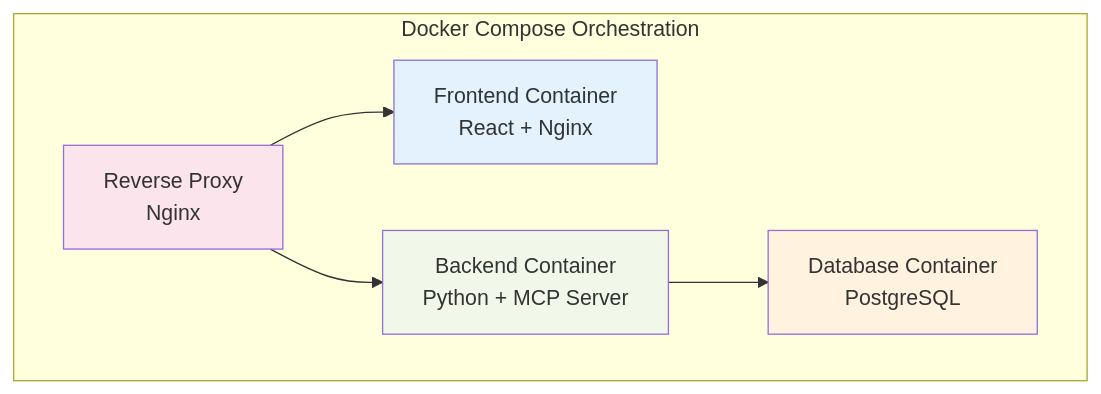
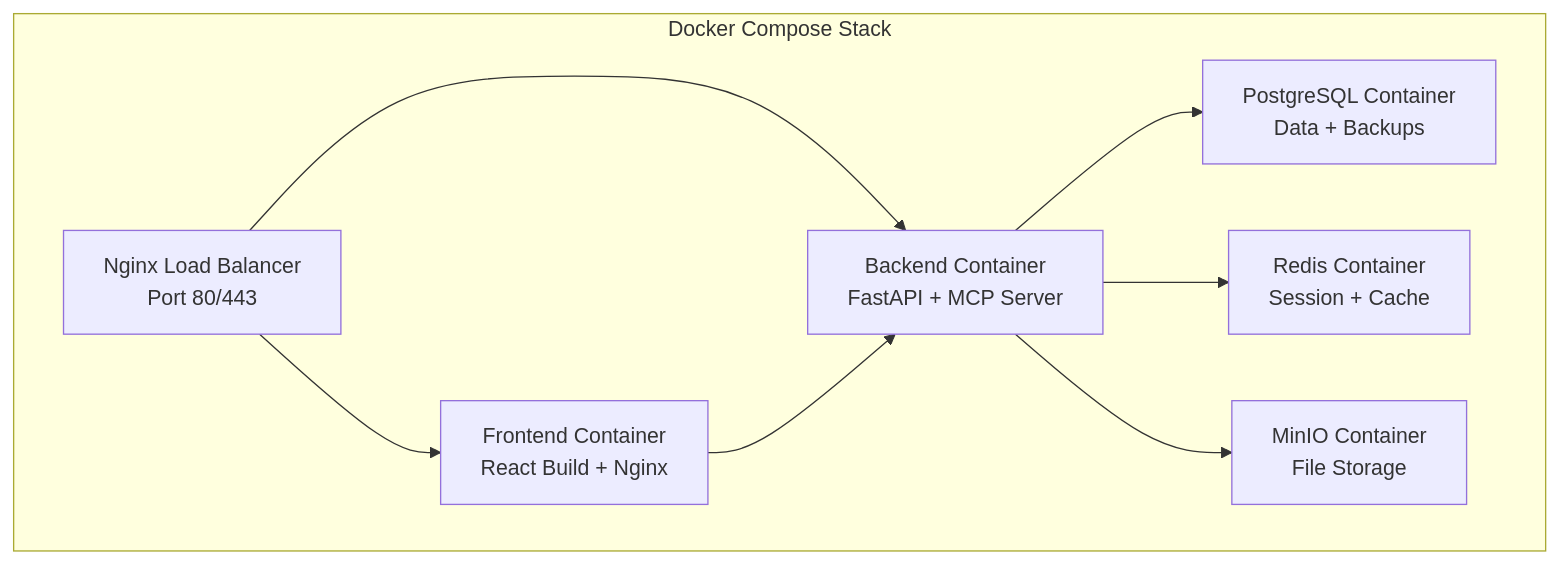
The second of 2 diagrams in 2-high_level_architecture.md (nlejeune/TreeTalk), drawn with Mermaid before and after one commit. The commit also changed other lines of this file and 16 other files, not shown here.

Commit message:
Instruction adjustment + New architecture schema generated

````diff
--- a/2-high_level_architecture.md
+++ b/2-high_level_architecture.md
@@ -111,18 +183,18 @@
 ```mermaid
 graph TB
-    subgraph "Docker Compose Orchestration"
-        NGINX[Frontend Container<br/>React + Nginx]
-        BACKEND[Backend Container<br/>Python + MCP Server]
-        DB[Database Container<br/>PostgreSQL]
-        PROXY[Reverse Proxy<br/>Nginx]
+    subgraph "Docker Compose Stack"
+        LB[Nginx Load Balancer<br/>Port 80/443]
+        FE[Frontend Container<br/>React Build + Nginx]
+        BE[Backend Container<br/>FastAPI + MCP Server]
+        DB[PostgreSQL Container<br/>Data + Backups]
+        CACHE[Redis Container<br/>Session + Cache]
+        FILES[MinIO Container<br/>File Storage]
     end
     
-    PROXY --> NGINX
-    PROXY --> BACKEND
-    BACKEND --> DB
-    
-    style NGINX fill:#e3f2fd
-    style BACKEND fill:#f1f8e9
-    style DB fill:#fff3e0
-    style PROXY fill:#fce4ec
+    LB --> FE
+    LB --> BE
+    BE --> DB
+    BE --> CACHE
+    BE --> FILES
+    FE --> BE
 ```
````
